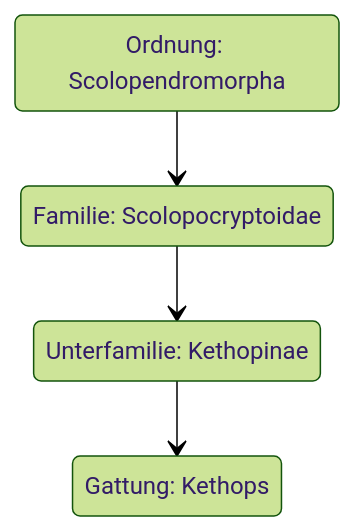
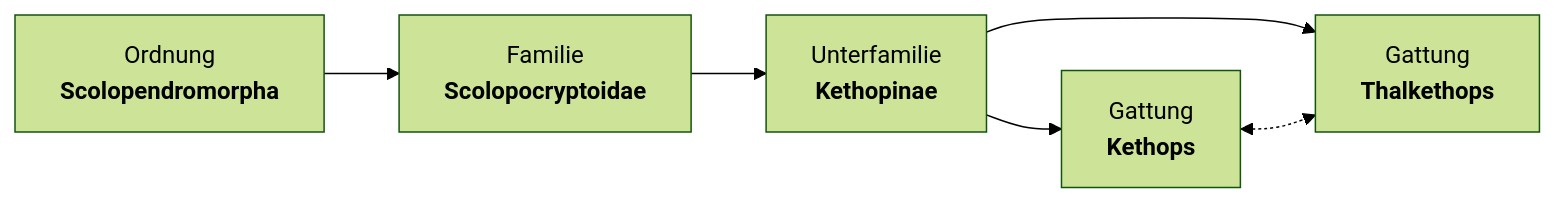
One commit to christhulhu/acab changed the diagram in content/skolopender/taxonomie/scolopendromorpha/kethops/index.md. Above: the diagram before and after it, drawn with Mermaid (forest theme). The commit also changed 19 other files, not shown here.

```diff
--- a/content/skolopender/taxonomie/scolopendromorpha/kethops/index.md
+++ b/content/skolopender/taxonomie/scolopendromorpha/kethops/index.md
@@ -17,11 +17,22 @@
-{{< mermaid >}}
-stateDiagram-v2
-    state "Ordnung: Scolopendromorpha" as scolopendromorpha
-    state "Familie: Scolopocryptoidae" as scolopocryptoidae
-    state "Unterfamilie: Kethopinae" as kethopinae
-    state "Gattung: Kethops" as kethops
+{{<mermaid>}}
+flowchart LR
+    scolopendromorpha["`Ordnung
+                        **Scolopendromorpha**`"]
+    scolopocryptoidae["`Familie
+                        **Scolopocryptoidae**`"]
+        kethopinae["`Unterfamilie
+                    **Kethopinae**`"]
+            kethops["`Gattung
+                    **Kethops**`"]
+            thalkethops["`Gattung
+                    **Thalkethops**`"]
 
     scolopendromorpha --> scolopocryptoidae
-    scolopocryptoidae --> kethopinae
-    kethopinae --> kethops
-{{< /mermaid >}}
+    
+        scolopocryptoidae --> kethopinae
+            kethopinae --> kethops; 
+            kethopinae --> thalkethops;
+            click thalkethops "../thalkethops"
+            kethops <-.-> thalkethops
+    click scolopendromorpha ".."
+{{</mermaid>}}
```
